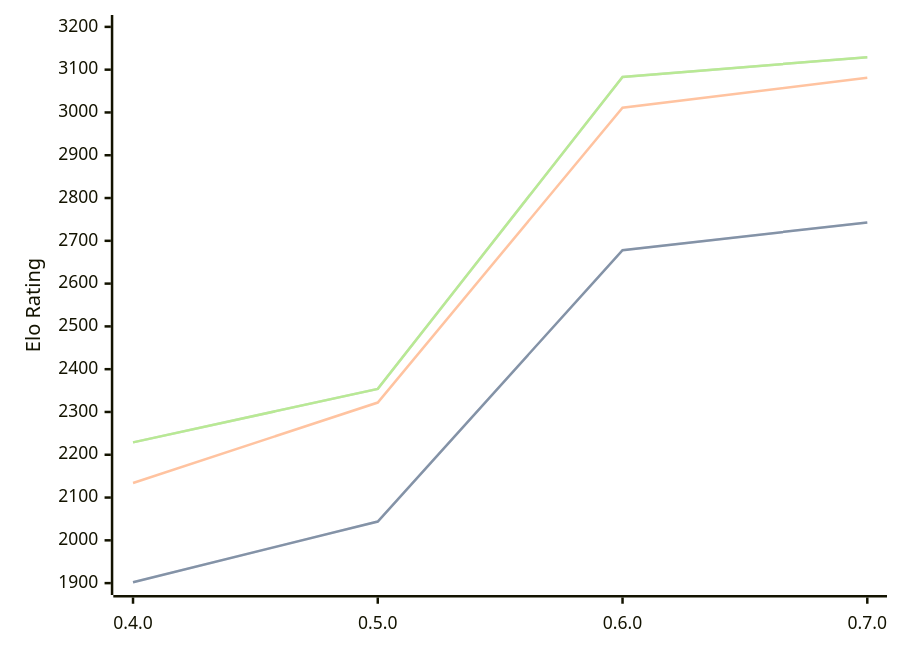
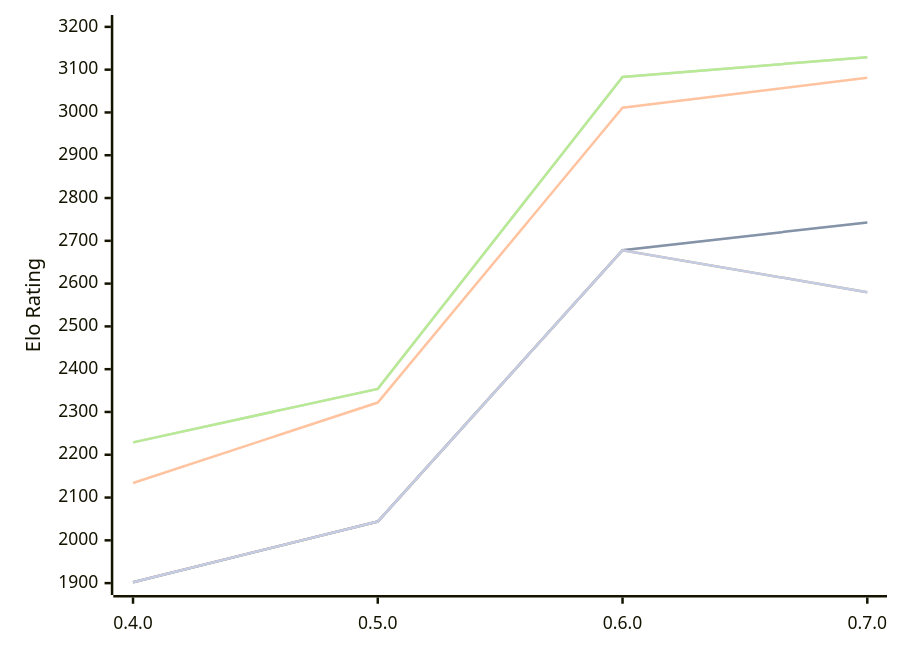
Before and after one commit to computer-chess-index/cci: the diagram in engines/AteNika.md, drawn with Mermaid. The commit also changed other lines of this file, not shown here.

Commit message:
Update CCI Ratings (ELO VLTC) - 2026-10-11

````diff
--- a/engines/AteNika.md
+++ b/engines/AteNika.md
@@ -50,16 +50,13 @@
 ```mermaid
 %%{init: {"theme":"base","themeVariables":{"seriesColors:['#a3a3a3','#222221','#faa371']}}}%%
 xychart-beta
   x-axis ["0.4.0", "0.5.0", "0.6.0", "0.7.0"]
   y-axis "Elo Rating" 1900 --> 3200
   line "" [1902, 2044, 2678, 2743]
   line "T1: STC (8.0+0.08s)" [1902, 2044, 2678, 2743]
   line "T1: LTC (60.0+0.60s)" [2134, 2322, 3011, 3081]
   line "" [2229, 2354, 3083, 3129]
   line "T1: VLTC (2m24s+1.12s)" [2229, 2354, 3083, 3129]
-  line "" [2574]
-  line "E1: STC (8.0+0.08s)" [2574]
-  line "E1: LTC (60.0+0.60s)" [2885]
-  line "" [3025]
-  line "E1: VLTC (2m24s+1.12s)" [3025]
+  line "" [1902, 2044, 2678,2580]
+  line "E1: STC (8.0+0.08s)" [1902, 2044, 2678,2580]
 ```
````
